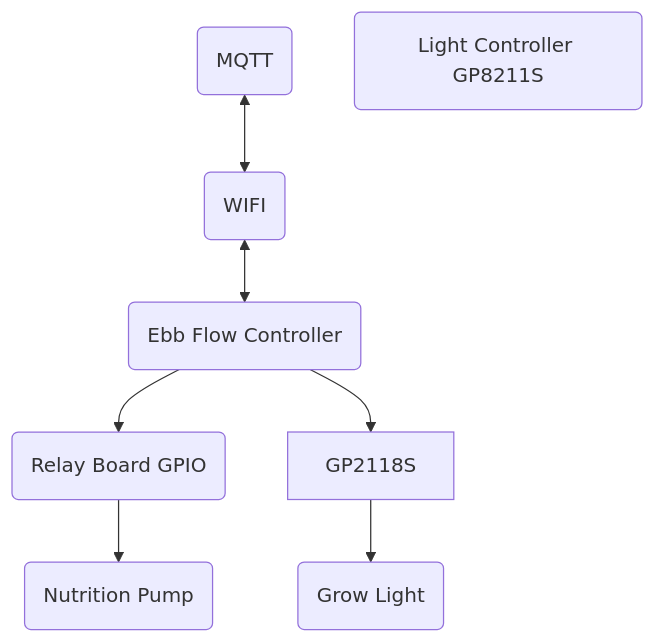
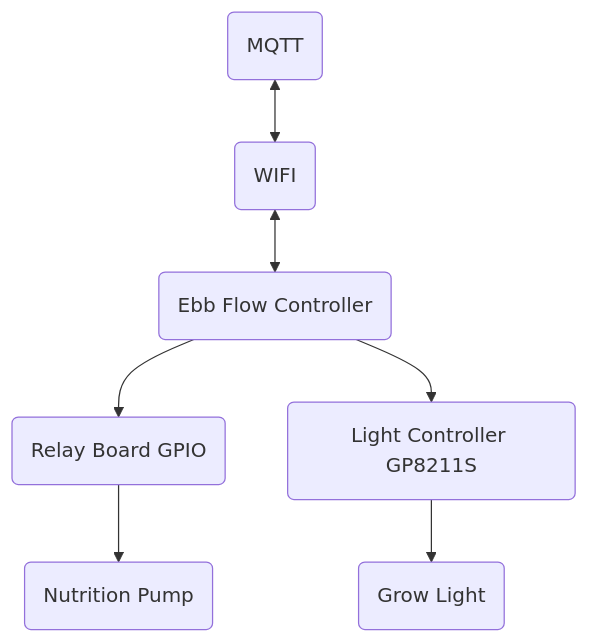
One commit to phofmeier/EbbFlowControl changed the diagram in README.md. Above: the diagram before and after it, drawn with Mermaid. The commit also changed other lines of this file and 1 other file, not shown here.

````diff
--- a/README.md
+++ b/README.md
@@ -68,19 +68,19 @@
 ```mermaid
 graph TD
 
 WIFI(WIFI)
 MQTT(MQTT)
 
 NutritionPump(Nutrition Pump)
 RelayBoard(Relay Board GPIO)
 GrowLight(Grow Light)
 GP8211S(Light Controller GP8211S)
 EbbFlowControl(Ebb Flow Controller)
 
 MQTT <--> WIFI;
 WIFI <--> EbbFlowControl;
 EbbFlowControl --> RelayBoard
 RelayBoard --> NutritionPump
-EbbFlowControl --> GP2118S
-GP2118S --> GrowLight
+EbbFlowControl --> GP8211S
+GP8211S --> GrowLight
 ```
````
